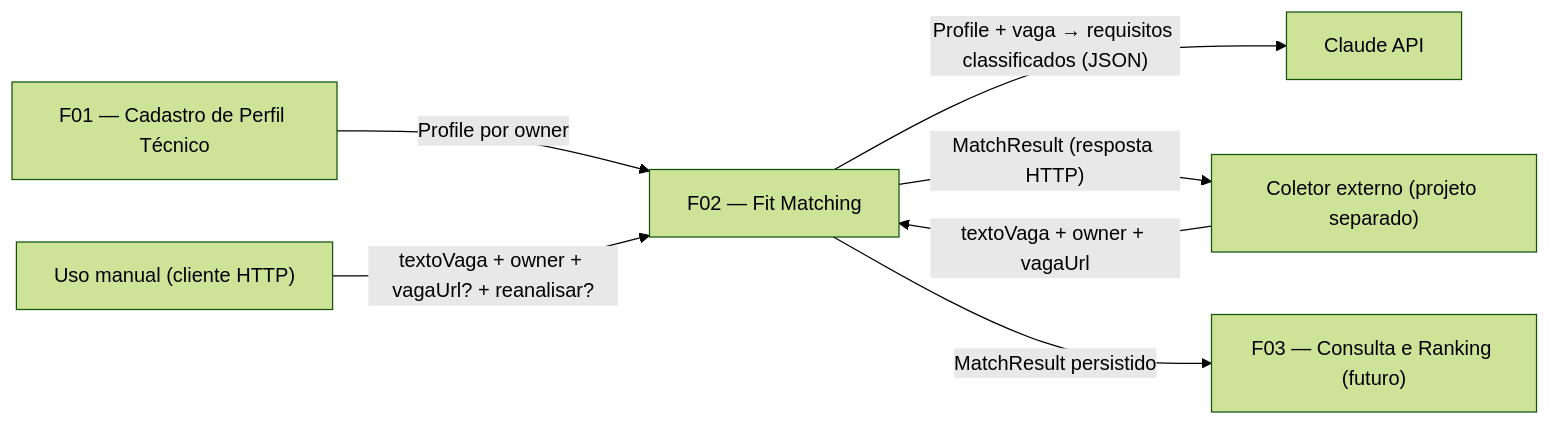
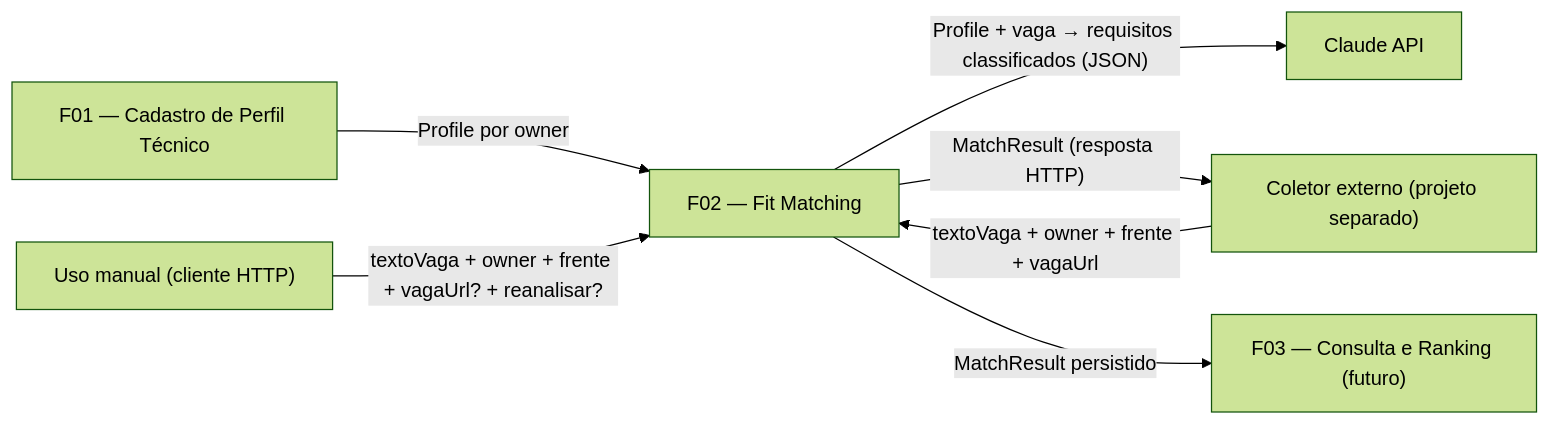
One commit to EversonRubira/Fit-Analizer changed the diagram in docs/prd/F02-fit-matching.md. Above: the diagram before and after it, drawn with Mermaid (forest theme). The commit also changed other lines of this file and 1 other file, not shown here.

First line of the commit message:
docs(F01/F02): decide modelo de Frente, contrato da F02 e escopo F04

````diff
--- a/docs/prd/F02-fit-matching.md
+++ b/docs/prd/F02-fit-matching.md
@@ -382,16 +434,16 @@
 ```mermaid
 graph LR
     F01["F01 — Cadastro de Perfil Técnico"]
     F02["F02 — Fit Matching"]
     F03["F03 — Consulta e Ranking (futuro)"]
     COL["Coletor externo (projeto separado)"]
     MAN["Uso manual (cliente HTTP)"]
     CLAUDE["Claude API"]
 
     F01 -->|"Profile por owner"| F02
-    MAN -->|"textoVaga + owner + vagaUrl? + reanalisar?"| F02
-    COL -->|"textoVaga + owner + vagaUrl"| F02
+    MAN -->|"textoVaga + owner + frente + vagaUrl? + reanalisar?"| F02
+    COL -->|"textoVaga + owner + frente + vagaUrl"| F02
     F02 -->|"Profile + vaga → requisitos classificados (JSON)"| CLAUDE
     F02 -->|"MatchResult (resposta HTTP)"| COL
     F02 -->|"MatchResult persistido"| F03
 ```
````
